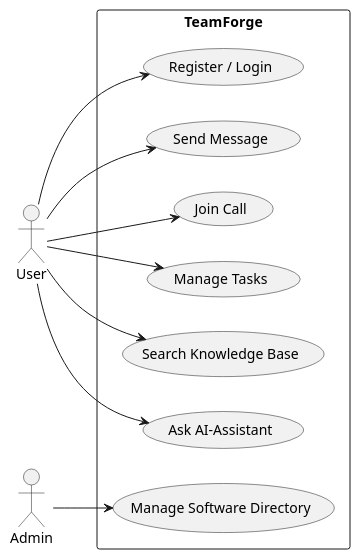
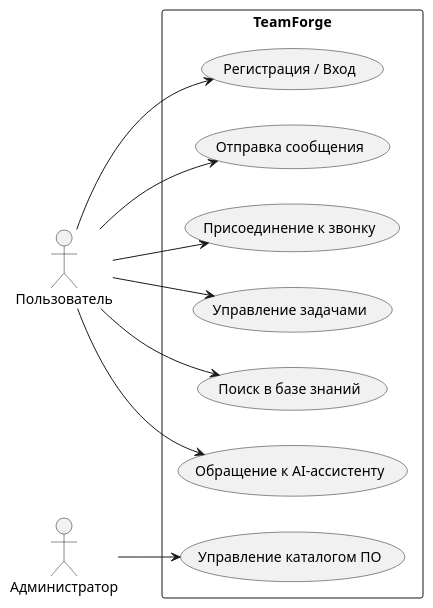
Before and after one commit to Valerijkk/TeamForge-web: the diagram in Use Case diagram.puml, drawn with PlantUML. The commit also changed 9 other files, not shown here.

Commit message:
Приведение в человеческий вид от заглушек до нормального состояния диаграмм

```diff
--- a/Use Case diagram.puml
+++ b/Use Case diagram.puml
@@ -1,21 +1,23 @@
 @startuml usecase-diagram
 left to right direction
-actor User
-actor Admin
+actor Пользователь as User
+actor Администратор as Admin
+
 rectangle TeamForge {
-  (Register / Login) as UC1
-  (Send Message) as UC2
-  (Join Call) as UC3
-  (Manage Tasks) as UC4
-  (Search Knowledge Base) as UC5
-  (Ask AI-Assistant) as UC6
-  (Manage Software Directory) as UC8
+  (Регистрация / Вход) as UC1
+  (Отправка сообщения) as UC2
+  (Присоединение к звонку) as UC3
+  (Управление задачами) as UC4
+  (Поиск в базе знаний) as UC5
+  (Обращение к AI-ассистенту) as UC6
+  (Управление каталогом ПО) as UC8
 }
+
 User --> UC1
 User --> UC2
 User --> UC3
 User --> UC4
 User --> UC5
 User --> UC6
 Admin --> UC8
 @enduml
```
